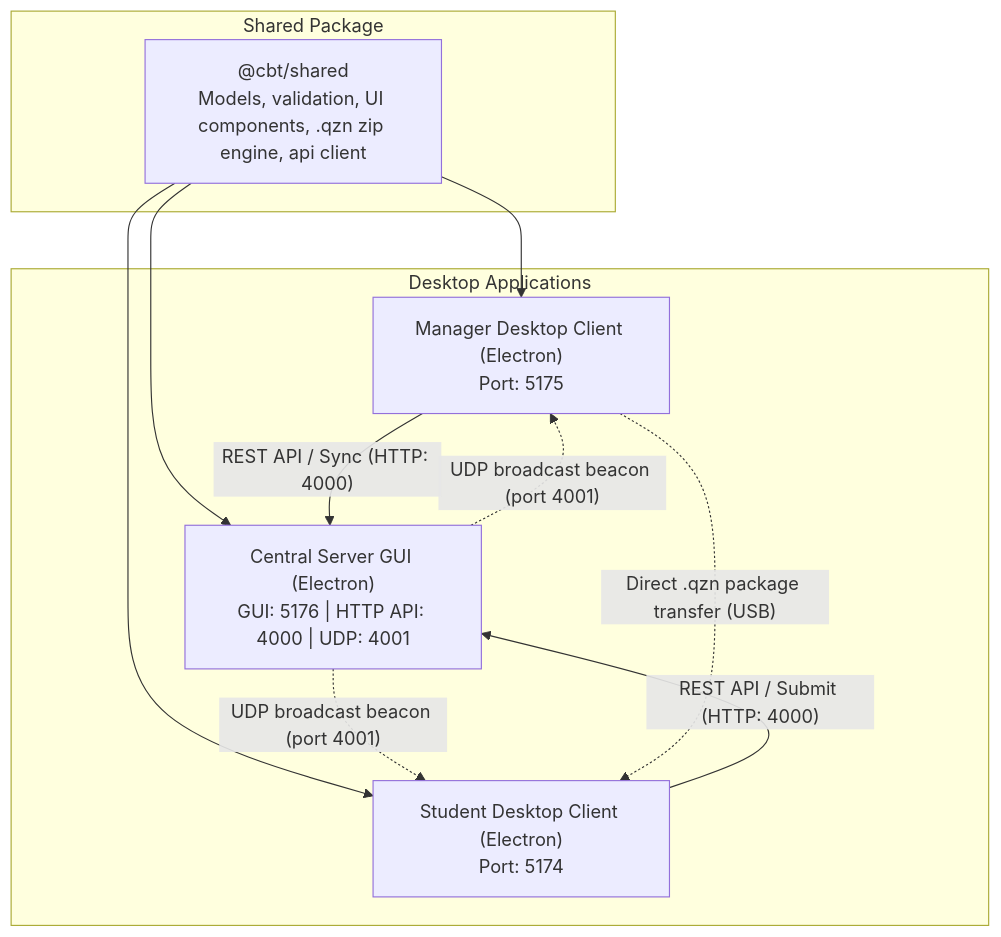
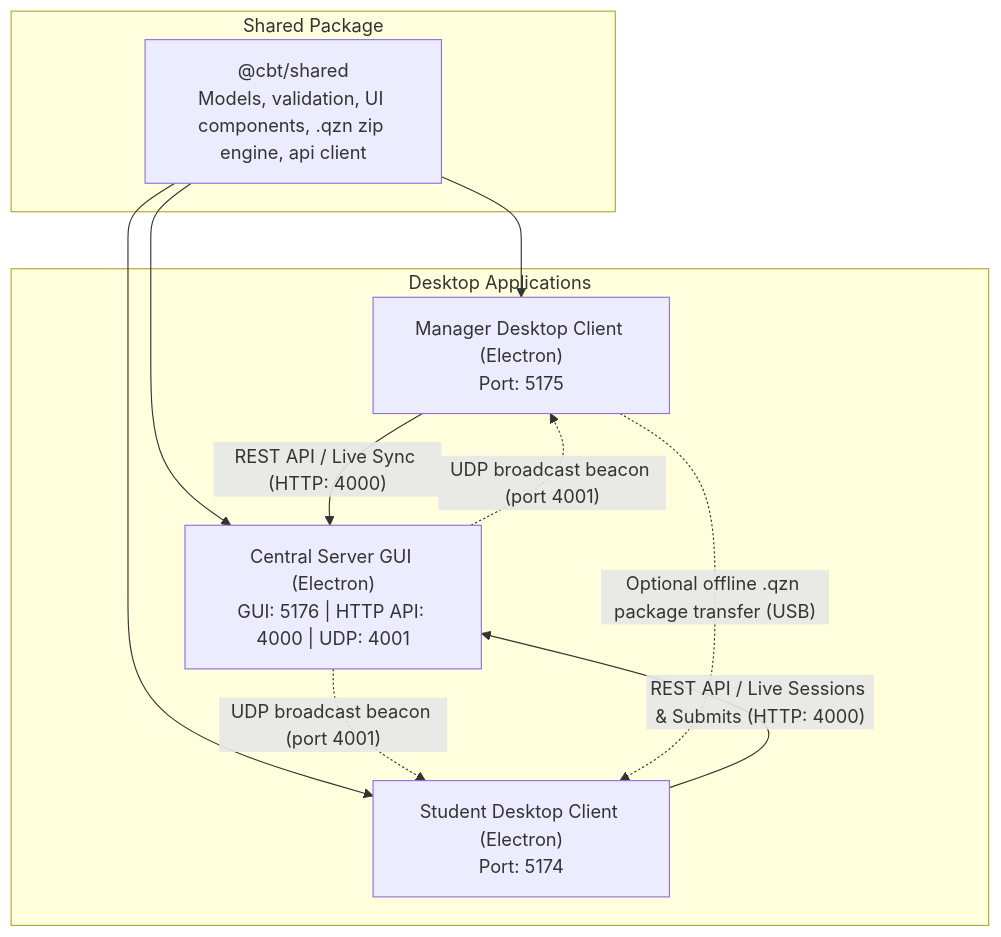
The diagram in documentation/ARCHITECTURE.md (CodeWithAsterixh/quizeen-cbt), drawn with Mermaid before and after one commit. The commit also changed other lines of this file and 46 other files, not shown here.

````diff
--- a/documentation/ARCHITECTURE.md
+++ b/documentation/ARCHITECTURE.md
@@ -7,24 +7,24 @@
 ```mermaid
 graph TD
     subgraph Shared Package
         Shared["@cbt/shared<br/>Models, validation, UI components, .qzn zip engine, api client"]
     end
 
     subgraph Desktop Applications
         Manager["Manager Desktop Client (Electron)<br/>Port: 5175"]
         Student["Student Desktop Client (Electron)<br/>Port: 5174"]
         ServerApp["Central Server GUI (Electron)<br/>GUI: 5176 | HTTP API: 4000 | UDP: 4001"]
     end
 
     Shared --> Manager
     Shared --> Student
     Shared --> ServerApp
 
     ServerApp -. "UDP broadcast beacon (port 4001)" .-> Manager
     ServerApp -. "UDP broadcast beacon (port 4001)" .-> Student
 
-    Manager -- "REST API / Sync (HTTP: 4000)" --> ServerApp
-    Student -- "REST API / Submit (HTTP: 4000)" --> ServerApp
+    Manager -- "REST API / Live Sync (HTTP: 4000)" --> ServerApp
+    Student -- "REST API / Live Sessions & Submits (HTTP: 4000)" --> ServerApp
 
-    Manager -. "Direct .qzn package transfer (USB)" .-> Student
+    Manager -. "Optional offline .qzn package transfer (USB)" .-> Student
 ```
````
